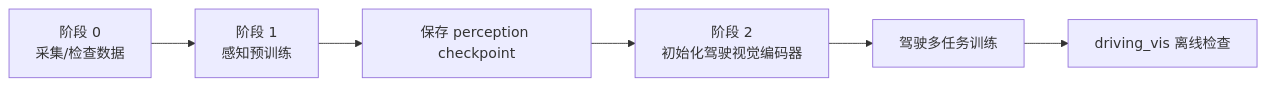
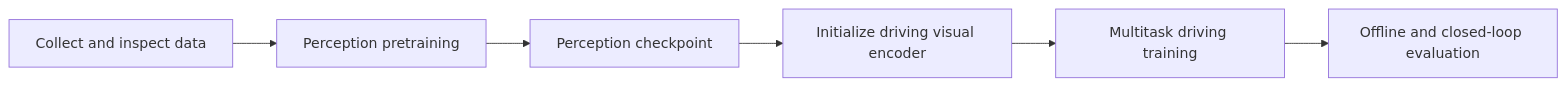
Before and after one commit to ByteDriveTeam/ByteDrive-Toy: the fourth of 4 diagrams in README.md, drawn with Mermaid. The commit also changed other lines of this file and 11 other files, not shown here.

````diff
--- a/README.md
+++ b/README.md
@@ -1176,8 +278,8 @@
 ```mermaid
 flowchart LR
-    A["阶段 0<br/>采集/检查数据"] --> B["阶段 1<br/>感知预训练"]
-    B --> C["保存 perception checkpoint"]
-    C --> D["阶段 2<br/>初始化驾驶视觉编码器"]
-    D --> E["驾驶多任务训练"]
-    E --> F["driving_vis 离线检查"]
+    A["Collect and inspect data"] --> B["Perception pretraining"]
+    B --> C["Perception checkpoint"]
+    C --> D["Initialize driving visual encoder"]
+    D --> E["Multitask driving training"]
+    E --> F["Offline and closed-loop evaluation"]
 ```
````
